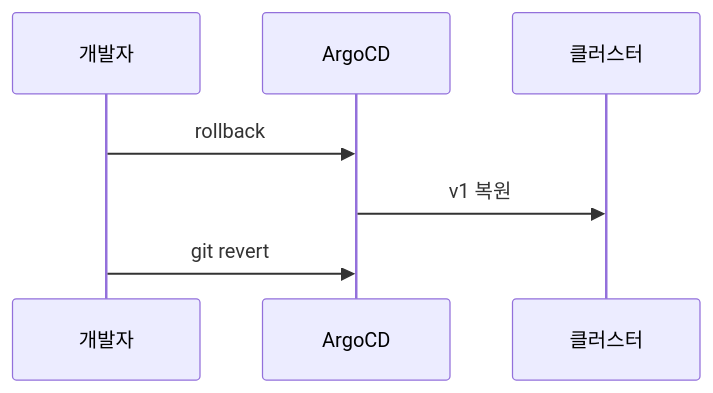
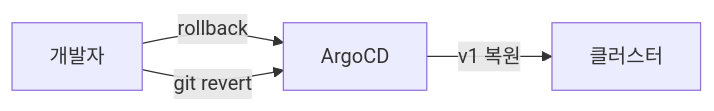
One commit to yjkim2015/yjkim2015.github.io changed the seventh of 7 diagrams in _posts/cicd/2026-05-03-gitops-argocd.md. Above: the diagram before and after it, drawn with Mermaid. The commit also changed other lines of this file and 84 other files, not shown here.

First line of the commit message:
85개 포스트 Mermaid 다이어그램 규칙 일괄 수정

````diff
--- a/_posts/cicd/2026-05-03-gitops-argocd.md
+++ b/_posts/cicd/2026-05-03-gitops-argocd.md
@@ -460,6 +466,9 @@
 ```mermaid
-sequenceDiagram
-    개발자->>ArgoCD: rollback
-    ArgoCD->>클러스터: v1 복원
-    개발자->>ArgoCD: git revert
+graph LR
+    DEV["개발자"]
+    ARGO["ArgoCD"]
+    CLUSTER["클러스터"]
+    DEV -->|"rollback"| ARGO
+    ARGO -->|"v1 복원"| CLUSTER
+    DEV -->|"git revert"| ARGO
 ```
````
